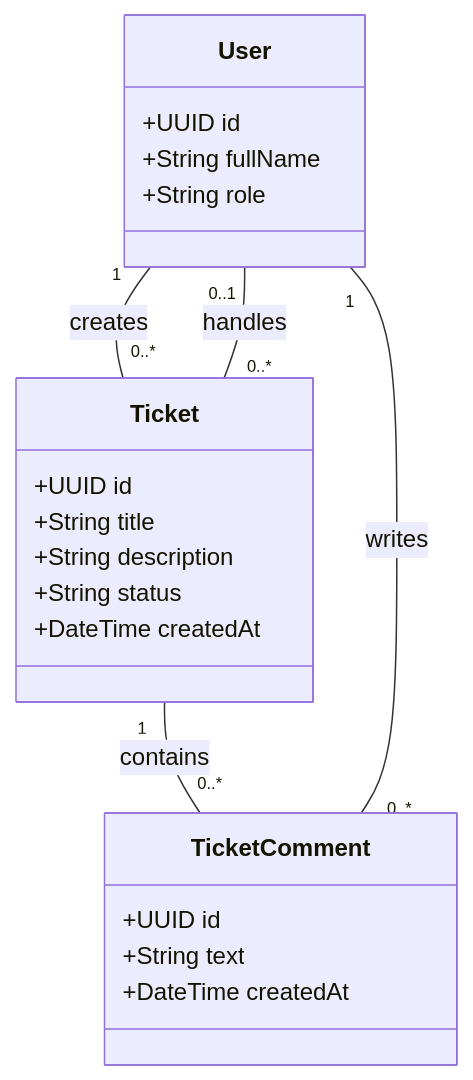
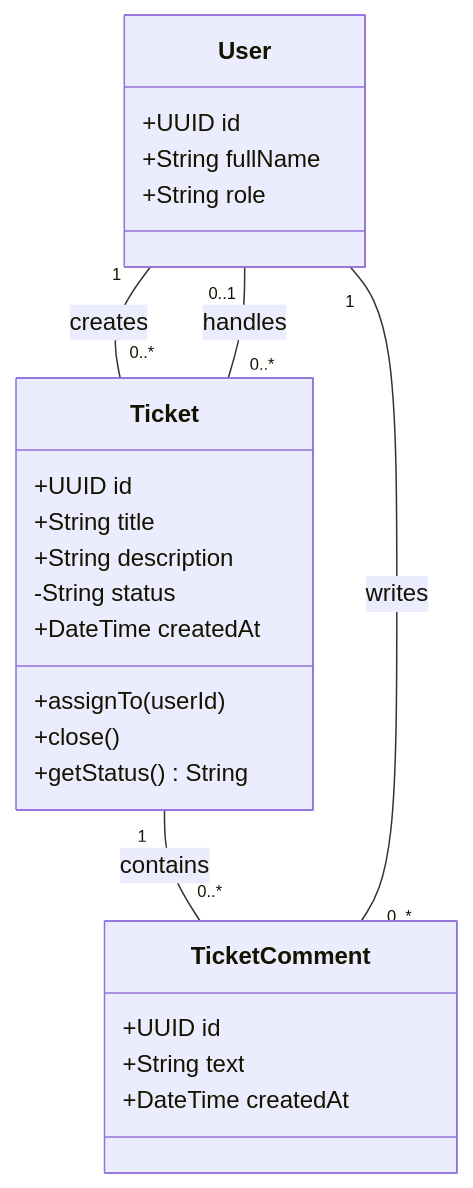
The diagram in docs/design/05-information-model.md (tsenturion/3517_Systems_Analyst_Advanced_Level), drawn with Mermaid before and after one commit.

````diff
--- a/docs/design/05-information-model.md
+++ b/docs/design/05-information-model.md
@@ -34,27 +34,30 @@
 ```mermaid
 classDiagram
     class User {
         +UUID id
         +String fullName
         +String role
     }
 
     class Ticket {
         +UUID id
         +String title
         +String description
-        +String status
+        -String status
         +DateTime createdAt
+        +assignTo(userId)
+        +close()
+        +getStatus() String
     }
 
     class TicketComment {
         +UUID id
         +String text
         +DateTime createdAt
     }
 
     User "1" -- "0..*" Ticket : creates
     User "0..1" -- "0..*" Ticket : handles
     Ticket "1" -- "0..*" TicketComment : contains
     User "1" -- "0..*" TicketComment : writes
 ```
````
